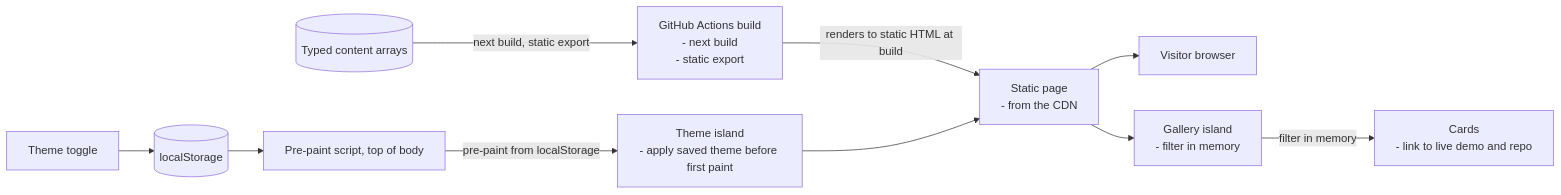
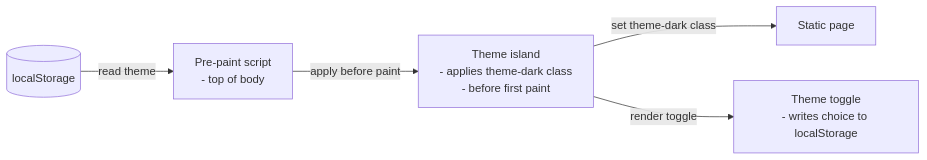
Before and after one commit to elleskay/platform-site: the third of 4 diagrams in README.md, drawn with Mermaid. The commit also changed other lines of this file and 15 other files, not shown here.

````diff
--- a/README.md
+++ b/README.md
@@ -127,22 +113,7 @@
 ```mermaid
 flowchart LR
-  Content[("Typed content arrays")]
-  Build["GitHub Actions build<br/>- next build<br/>- static export"]
-  Page["Static page<br/>- from the CDN"]
-  Visitor["Visitor browser"]
-  Gallery["Gallery island<br/>- filter in memory"]
-  Cards["Cards<br/>- link to live demo and repo"]
-  Pre["Pre-paint script, top of body"]
-  Theme["Theme island<br/>- apply saved theme before first paint"]
-  Toggle["Theme toggle"]
-  LS[("localStorage")]
-  Content -->|"next build, static export"| Build
-  Build -->|"renders to static HTML at build"| Page
-  Page --> Visitor
-  Page --> Gallery
-  Gallery -->|"filter in memory"| Cards
-  Pre -->|"pre-paint from localStorage"| Theme
-  Theme --> Page
-  Toggle --> LS
-  LS --> Pre
+  LS[("localStorage")] -->|"read theme"| Pre["Pre-paint script<br/>- top of body"]
+  Pre -->|"apply before paint"| Theme["Theme island<br/>- applies theme-dark class<br/>- before first paint"]
+  Theme -->|"set theme-dark class"| Page["Static page"]
+  Theme -->|"render toggle"| Toggle["Theme toggle<br/>- writes choice to localStorage"]
 ```
````
